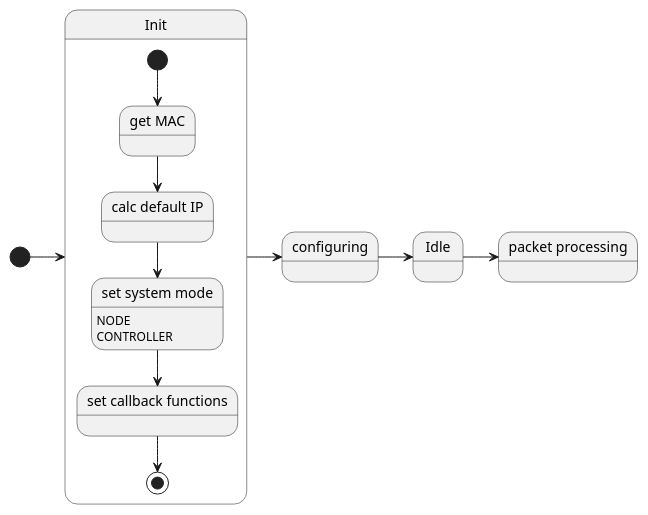
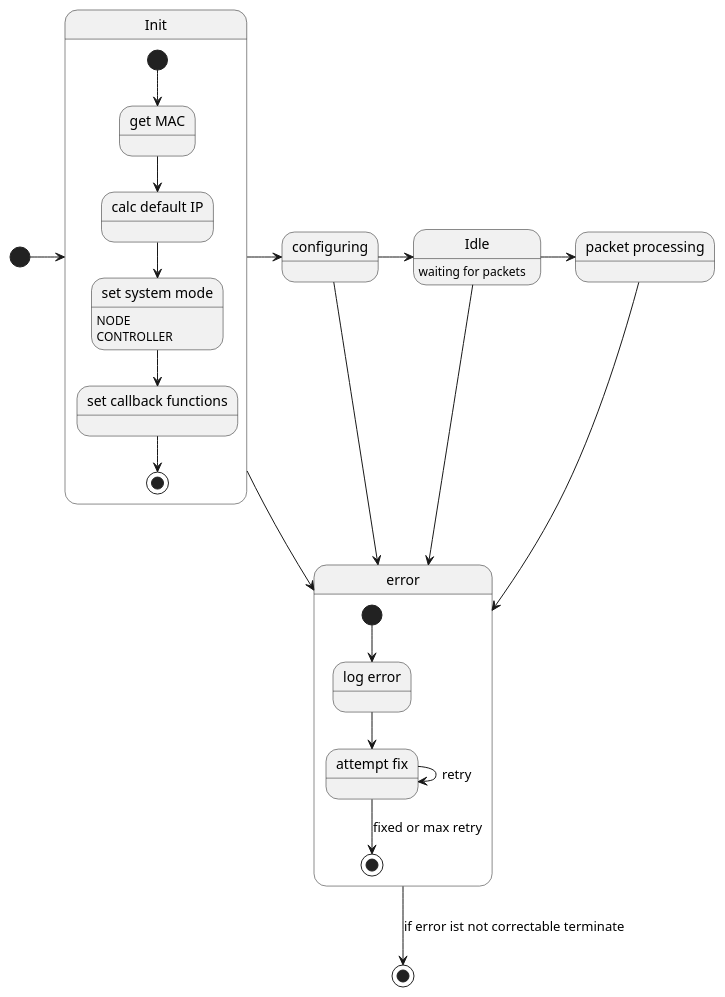
Before and after one commit to BrokuLP/Artnet: the diagram in architecture/StateDiagram.plantuml, drawn with PlantUML.

Commit message:
error handeling

```diff
--- a/architecture/StateDiagram.plantuml
+++ b/architecture/StateDiagram.plantuml
@@ -1,33 +1,52 @@
 @startuml StateDiagramm
 state "Init" as systemInit{
     state "get MAC" as sysinit_getmac
     state "calc default IP" as sysinit_calcdefip
     state "set callback functions" as sysinit_setcbfunc
     state "set system mode" as sysinit_setsysmode
     sysinit_setsysmode : NODE 
     sysinit_setsysmode : CONTROLLER
 
     [*] -d-> sysinit_getmac
     sysinit_getmac -d-> sysinit_calcdefip
     sysinit_calcdefip -d-> sysinit_setsysmode
     sysinit_setsysmode -d-> sysinit_setcbfunc
     sysinit_setcbfunc -d-> [*]
 }
 state "Idle" as systemIdle{
 
 }
+systemIdle : waiting for packets
 state "packet processing" as packetProc{
 
 }
 state "configuring" as systemConf{
 
+}
+state "error" as syserror{
+    state "log error" as syserror_log
+    state "attempt fix" as syserror_fix
+
+    [*] -d-> syserror_log
+    syserror_log -d-> syserror_fix
+    syserror_fix -d-> [*] : fixed or max retry
+    syserror_fix -> syserror_fix : retry
+
+    
 }
 
 [*]  -> systemInit
 systemInit -> systemConf
 systemConf -> systemIdle
 systemIdle -> packetProc
 
 
+systemInit -d-> syserror
+systemConf -d-> syserror
+systemIdle -d-> syserror
+packetProc -d-> syserror
+syserror -d-> [*] : if error ist not correctable terminate
+
+
 
 @enduml
```
